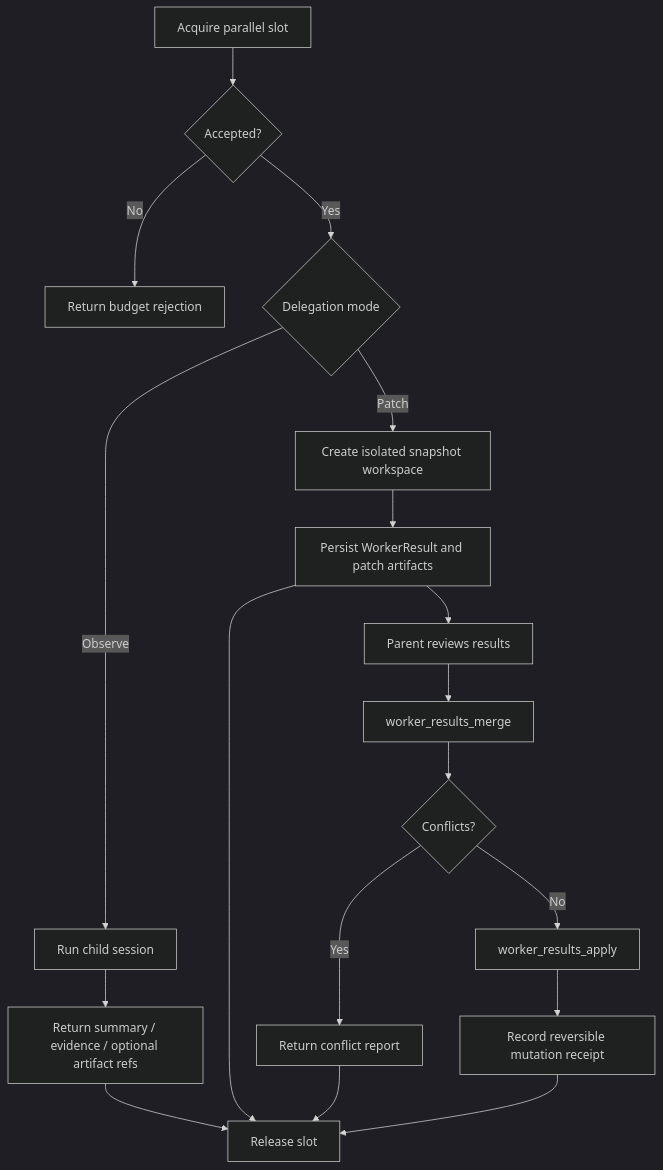
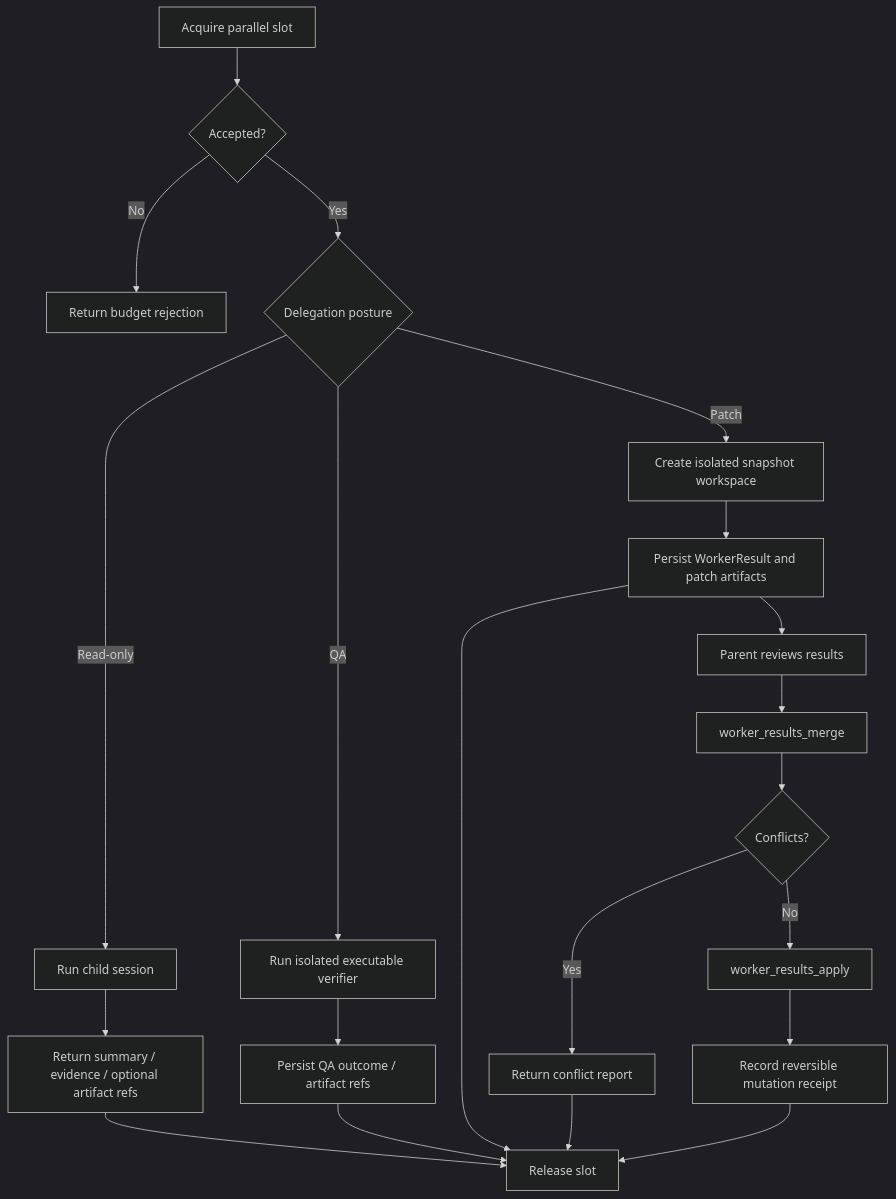
Before and after one commit to arcthur/brewva: the diagram in docs/journeys/operator/background-and-parallelism.md, drawn with Mermaid (dark theme). The commit also changed other lines of this file and 57 other files, not shown here.

````diff
--- a/docs/journeys/operator/background-and-parallelism.md
+++ b/docs/journeys/operator/background-and-parallelism.md
@@ -37,20 +37,23 @@
 ```mermaid
 flowchart TD
   A["Acquire parallel slot"] --> B{"Accepted?"}
   B -->|No| C["Return budget rejection"]
-  B -->|Yes| D{"Delegation mode"}
-  D -->|Observe| E["Run child session"]
-  D -->|Patch| F["Create isolated snapshot workspace"]
-  E --> G["Return summary / evidence / optional artifact refs"]
-  F --> H["Persist WorkerResult and patch artifacts"]
-  H --> I["Parent reviews results"]
-  I --> J["worker_results_merge"]
-  J --> K{"Conflicts?"}
-  K -->|Yes| L["Return conflict report"]
-  K -->|No| M["worker_results_apply"]
-  M --> N["Record reversible mutation receipt"]
-  G --> O["Release slot"]
-  H --> O
-  L --> O
-  N --> O
+  B -->|Yes| D{"Delegation posture"}
+  D -->|Read-only| E["Run child session"]
+  D -->|QA| F["Run isolated executable verifier"]
+  D -->|Patch| G["Create isolated snapshot workspace"]
+  E --> H["Return summary / evidence / optional artifact refs"]
+  F --> I["Persist QA outcome / artifact refs"]
+  G --> J["Persist WorkerResult and patch artifacts"]
+  J --> K["Parent reviews results"]
+  K --> L["worker_results_merge"]
+  L --> M{"Conflicts?"}
+  M -->|Yes| N["Return conflict report"]
+  M -->|No| O["worker_results_apply"]
+  O --> P["Record reversible mutation receipt"]
+  H --> Q["Release slot"]
+  I --> Q
+  J --> Q
+  N --> Q
+  P --> Q
 ```
````
